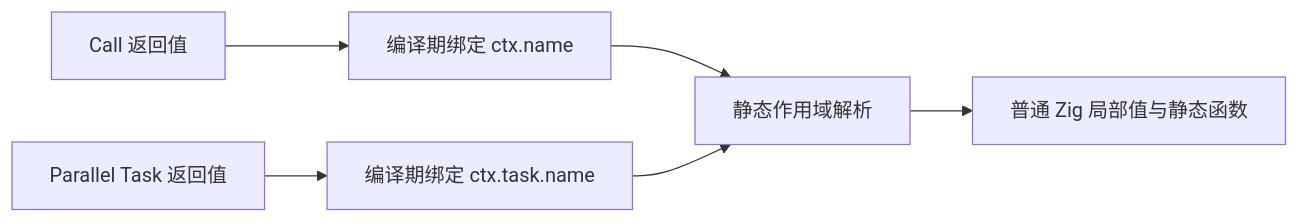
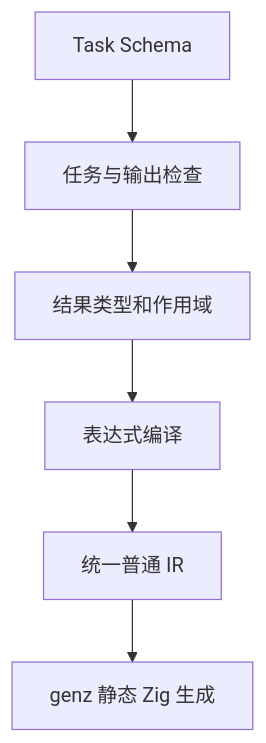
Before and after one commit to MatrixAges/zxc: the second of 2 diagrams in docs/2026-10-06/RX调用参数与命名结果.md, drawn with Mermaid. The commit also changed other lines of this file and 39 other files, not shown here.

````diff
--- a/docs/2026-10-06/RX调用参数与命名结果.md
+++ b/docs/2026-10-06/RX调用参数与命名结果.md
@@ -69,8 +46,8 @@
 ```mermaid
-flowchart LR
-  Call[Call 返回值] --> C[编译期绑定 ctx.name]
-  Task[Parallel Task 返回值] --> T[编译期绑定 ctx.task.name]
-  C --> Lookup[静态作用域解析]
-  T --> Lookup
-  Lookup --> Zig[普通 Zig 局部值与静态函数]
+flowchart TD
+  Schema[Task Schema] --> Prepare[任务与输出检查]
+  Prepare --> Constraints[结果类型和作用域]
+  Constraints --> Compile[表达式编译]
+  Compile --> IR[统一普通 IR]
+  IR --> Zig[genz 静态 Zig 生成]
 ```
````
